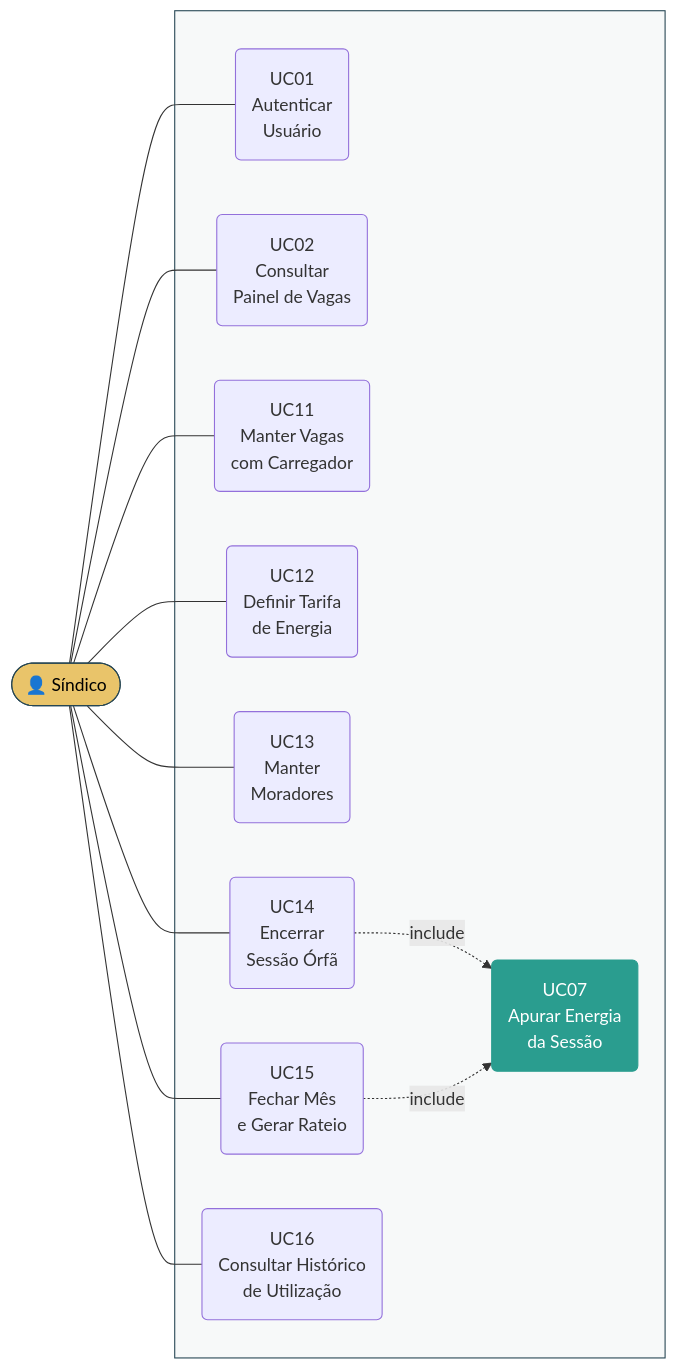
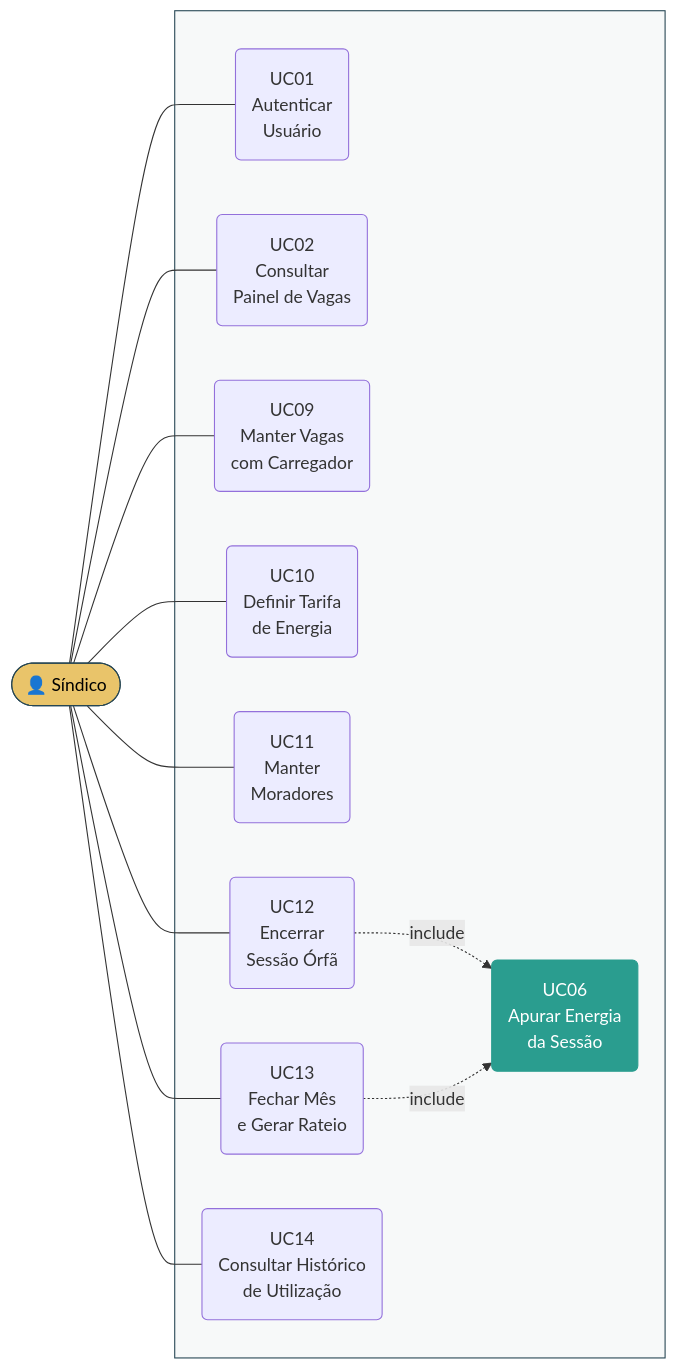
Before and after one commit to AndreMoreira00/CarregaJA: the third of 3 diagrams in 2.Analise e Design/CARREGAJA - Modelo de Caso de Uso.md, drawn with Mermaid. The commit also changed other lines of this file and 13 other files, not shown here.

````diff
--- a/2.Analise e Design/CARREGAJA - Modelo de Caso de Uso.md
+++ b/2.Analise e Design/CARREGAJA - Modelo de Caso de Uso.md
@@ -149,29 +165,29 @@
 ```mermaid
 flowchart LR
     SIN(["👤 Síndico"])
     subgraph SIS[" "]
         UC01("UC01<br/>Autenticar<br/>Usuário")
         UC02("UC02<br/>Consultar<br/>Painel de Vagas")
-        UC07("UC07<br/>Apurar Energia<br/>da Sessão")
-        UC11("UC11<br/>Manter Vagas<br/>com Carregador")
-        UC12("UC12<br/>Definir Tarifa<br/>de Energia")
-        UC13("UC13<br/>Manter<br/>Moradores")
-        UC14("UC14<br/>Encerrar<br/>Sessão Órfã")
-        UC15("UC15<br/>Fechar Mês<br/>e Gerar Rateio")
-        UC16("UC16<br/>Consultar Histórico<br/>de Utilização")
+        UC06("UC06<br/>Apurar Energia<br/>da Sessão")
+        UC09("UC09<br/>Manter Vagas<br/>com Carregador")
+        UC10("UC10<br/>Definir Tarifa<br/>de Energia")
+        UC11("UC11<br/>Manter<br/>Moradores")
+        UC12("UC12<br/>Encerrar<br/>Sessão Órfã")
+        UC13("UC13<br/>Fechar Mês<br/>e Gerar Rateio")
+        UC14("UC14<br/>Consultar Histórico<br/>de Utilização")
     end
     SIN --- UC01
     SIN --- UC02
+    SIN --- UC09
+    SIN --- UC10
     SIN --- UC11
     SIN --- UC12
     SIN --- UC13
     SIN --- UC14
-    SIN --- UC15
-    SIN --- UC16
-    UC14 -.->|include| UC07
-    UC15 -.->|include| UC07
+    UC12 -.->|include| UC06
+    UC13 -.->|include| UC06
 
     style SIN fill:#e9c46a,stroke:#264653,color:#000
     style SIS fill:#f7f9f9,stroke:#264653
-    style UC07 fill:#2a9d8f,stroke:#2a9d8f,color:#fff
+    style UC06 fill:#2a9d8f,stroke:#2a9d8f,color:#fff
 ```
````
